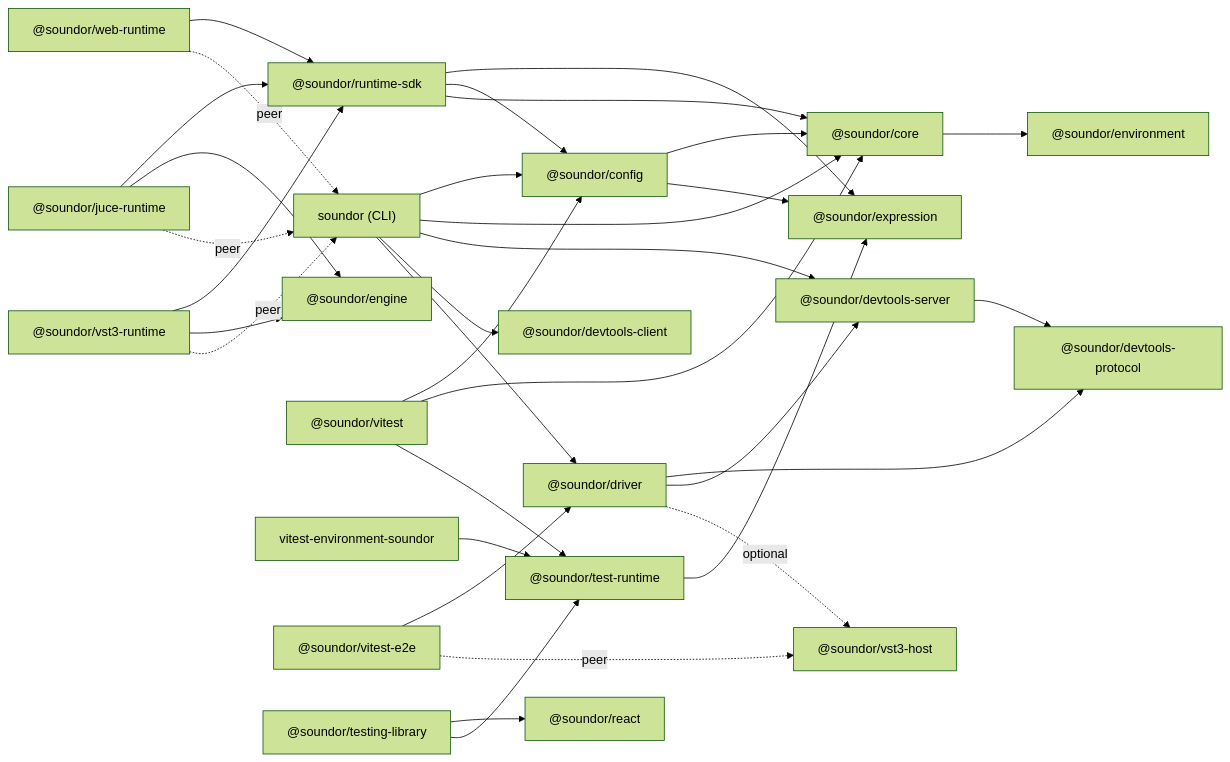
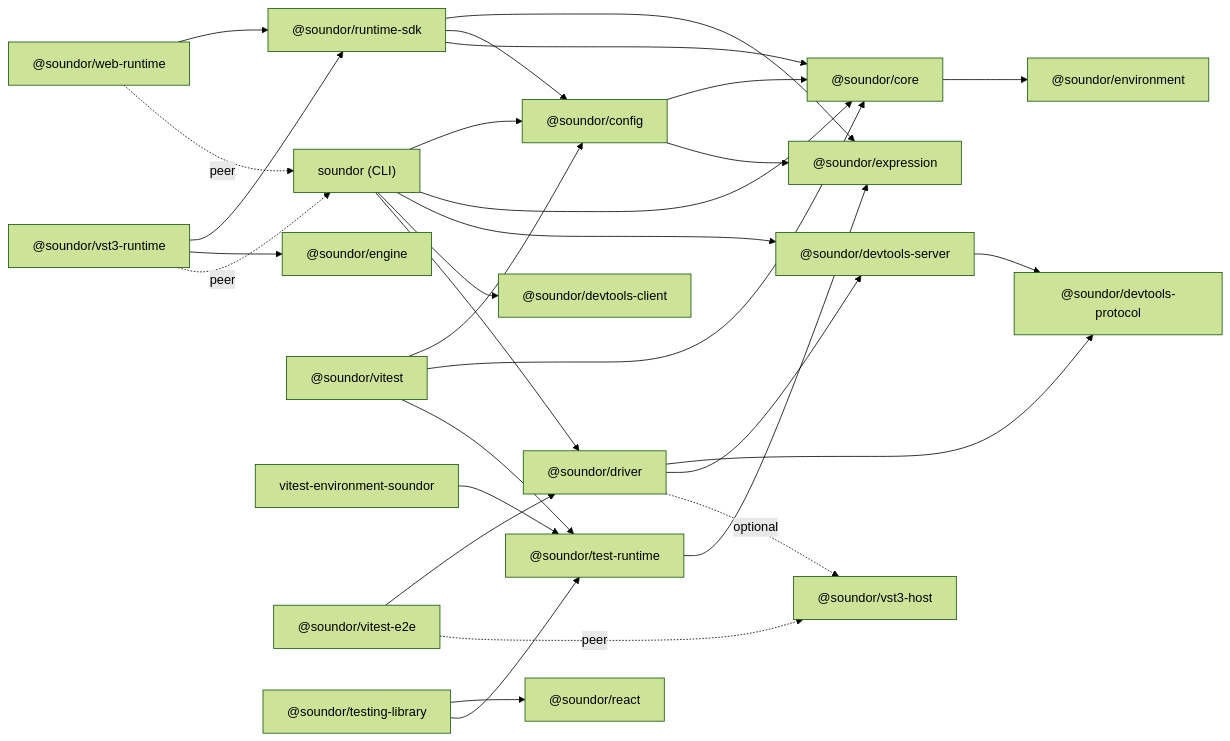
One commit to soundor/soundor changed the diagram in apps/website/content/docs/contribute/packages.md. Above: the diagram before and after it, drawn with Mermaid (forest theme). The commit also changed other lines of this file and 252 other files, not shown here.

First line of the commit message:
docs: describe Soundor without the JUCE runtime

````diff
--- a/apps/website/content/docs/contribute/packages.md
+++ b/apps/website/content/docs/contribute/packages.md
@@ -25,35 +25,32 @@
 ```mermaid
 flowchart LR
     cli["soundor (CLI)"] --> config["@soundor/config"]
     cli --> core["@soundor/core"]
     cli --> dtserver["@soundor/devtools-server"]
     cli --> dtclient["@soundor/devtools-client"]
     cli --> driver["@soundor/driver"]
     driver --> dtprotocol
     driver --> dtserver
     driver -. optional .-> host["@soundor/vst3-host"]
     dtserver --> dtprotocol["@soundor/devtools-protocol"]
     config --> core
     config --> expression["@soundor/expression"]
     sdk --> expression
     testruntime --> expression
     core --> environment["@soundor/environment"]
     sdk["@soundor/runtime-sdk"] --> config
     sdk --> core
-    juce["@soundor/juce-runtime"] --> sdk
-    juce --> engine["@soundor/engine"]
     web["@soundor/web-runtime"] --> sdk
     vst3["@soundor/vst3-runtime"] --> sdk
-    vst3 --> engine
+    vst3 --> engine["@soundor/engine"]
     vst3 -. peer .-> cli
-    juce -. peer .-> cli
     web -. peer .-> cli
     vitest["@soundor/vitest"] --> config
     vitest --> core
     vitest --> testruntime["@soundor/test-runtime"]
     env["vitest-environment-soundor"] --> testruntime
     e2e["@soundor/vitest-e2e"] --> driver
     e2e -. peer .-> host
     tl["@soundor/testing-library"] --> react["@soundor/react"]
     tl --> testruntime
 ```
````
